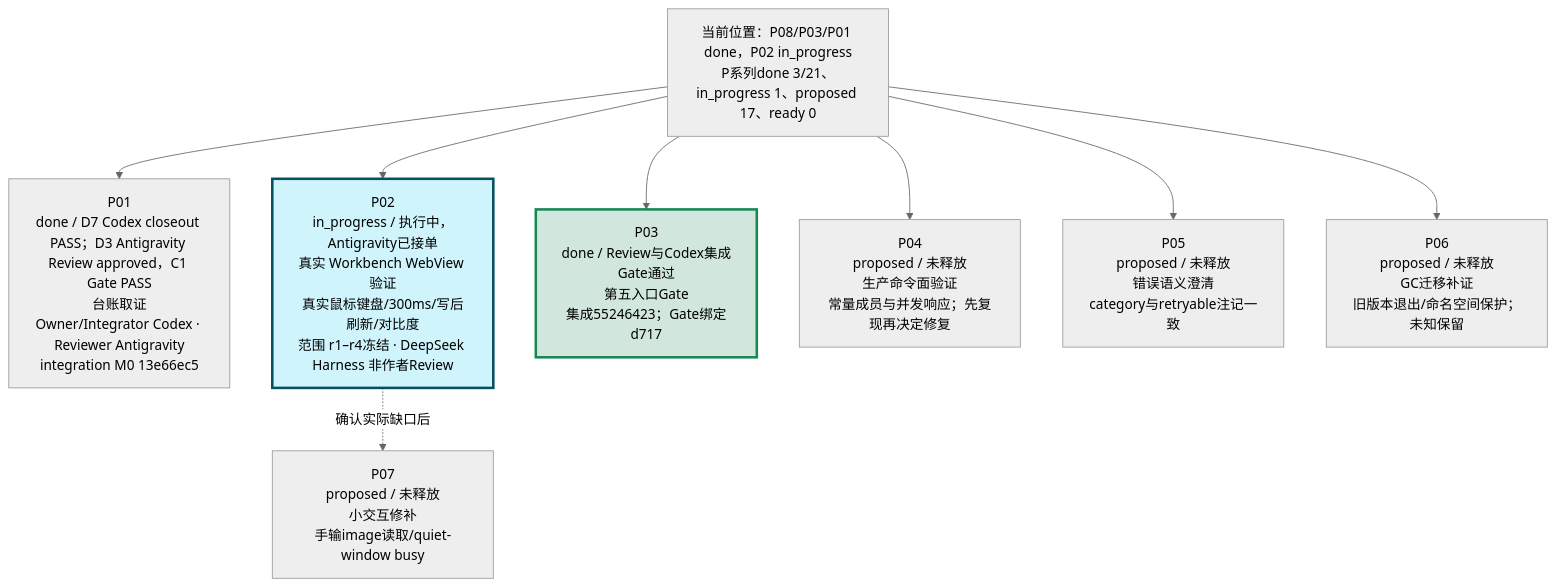
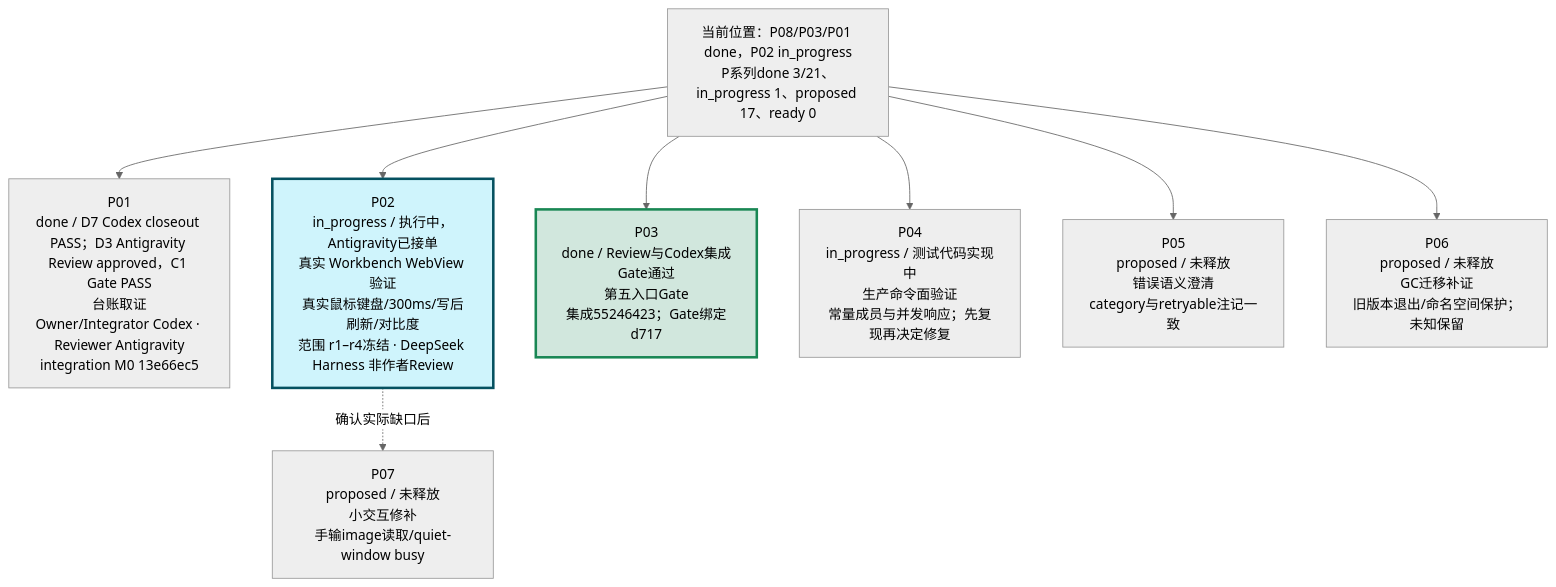
The second of 4 diagrams in verification/PROJECT-ROADMAP-20261008/ROADMAP.md (peakwheat-pixel/New-Manga), drawn with Mermaid (neutral theme) before and after one commit. The commit also changed 9 other files, not shown here.

````diff
--- a/verification/PROJECT-ROADMAP-20261008/ROADMAP.md
+++ b/verification/PROJECT-ROADMAP-20261008/ROADMAP.md
@@ -30,12 +30,12 @@
 ```mermaid
 flowchart TB
   BASE["当前位置：P08/P03/P01 done，P02 in_progress<br/>P系列done 3/21、in_progress 1、proposed 17、ready 0"] --> P01["P01<br/>done / D7 Codex closeout PASS；D3 Antigravity Review approved，C1 Gate PASS<br/>台账取证<br/>Owner/Integrator Codex · Reviewer Antigravity<br/>integration M0 13e66ec5"]
   BASE --> P02["P02<br/>in_progress / 执行中，Antigravity已接单<br/>真实 Workbench WebView 验证<br/>真实鼠标键盘/300ms/写后刷新/对比度<br/>范围 r1–r4冻结 · DeepSeek Harness 非作者Review"]
   BASE --> P03["P03<br/>done / Review与Codex集成Gate通过<br/>第五入口Gate<br/>集成55246423；Gate绑定d717"]
-  BASE --> P04["P04<br/>proposed / 未释放<br/>生产命令面验证<br/>常量成员与并发响应；先复现再决定修复"]
+  BASE --> P04["P04<br/>in_progress / 测试代码实现中<br/>生产命令面验证<br/>常量成员与并发响应；先复现再决定修复"]
   BASE --> P05["P05<br/>proposed / 未释放<br/>错误语义澄清<br/>category与retryable注记一致"]
   BASE --> P06["P06<br/>proposed / 未释放<br/>GC迁移补证<br/>旧版本退出/命名空间保护；未知保留"]
   P02 -. "确认实际缺口后" .-> P07["P07<br/>proposed / 未释放<br/>小交互修补<br/>手输image读取/quiet-window busy"]
   style P02 fill:#cff4fc,stroke:#055160,stroke-width:3px
   style P03 fill:#d1e7dd,stroke:#198754,stroke-width:3px
 ```
````
